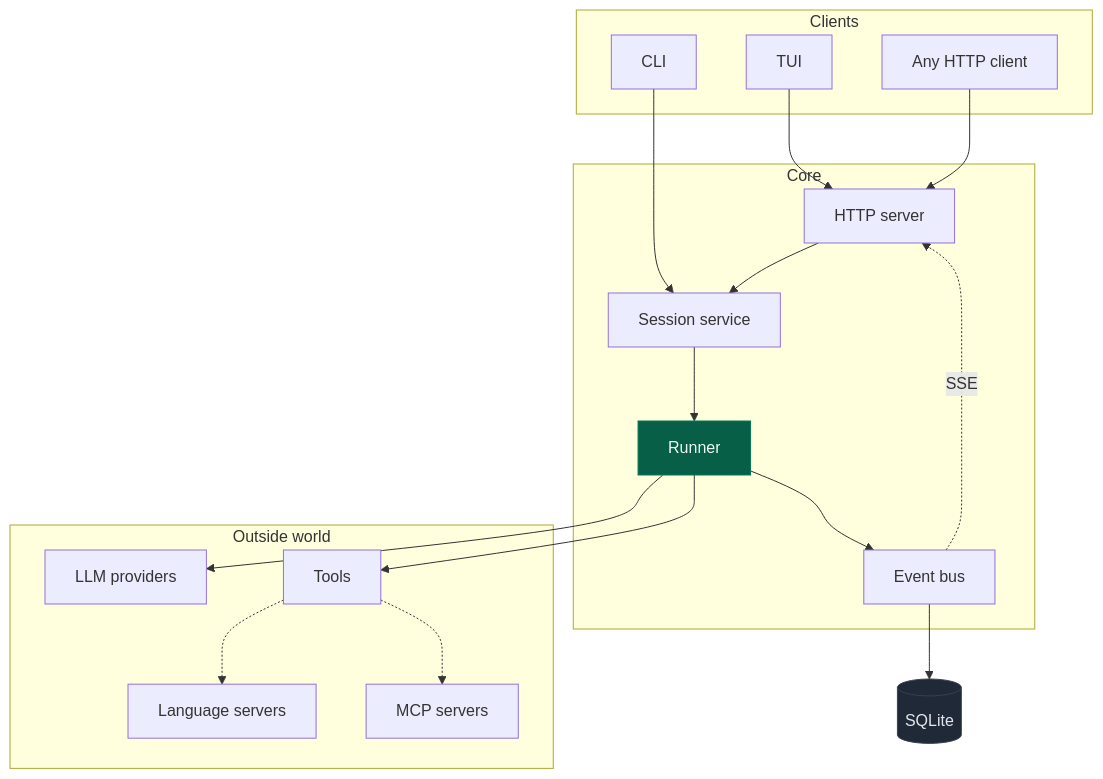
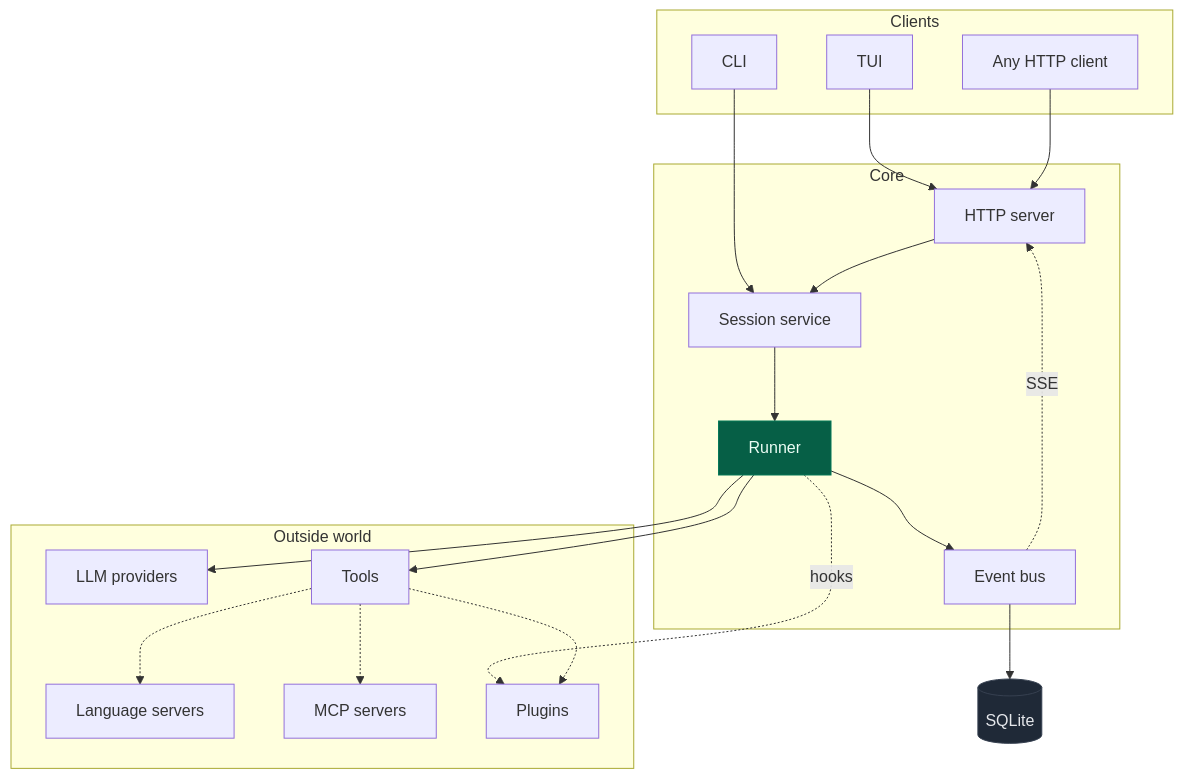
One commit to langazov/gocode changed the diagram in documentation/README.md. Above: the diagram before and after it, drawn with Mermaid. The commit also changed other lines of this file and 6 other files, not shown here.

Commit message:
feat(plugins): enhance documentation and architecture for plugin support

````diff
--- a/documentation/README.md
+++ b/documentation/README.md
@@ -46,36 +46,39 @@
 ```mermaid
 flowchart TB
   subgraph clients["Clients"]
     TUI["TUI"]
     CLI["CLI"]
     HTTP["Any HTTP client"]
   end
 
   subgraph core["Core"]
     SRV["HTTP server"]
     SVC["Session service"]
     RUN["Runner"]
     BUS["Event bus"]
   end
 
   subgraph out["Outside world"]
     LLM["LLM providers"]
     TOOLS["Tools"]
     LSP["Language servers"]
     MCP["MCP servers"]
+    PLUG["Plugins"]
   end
 
   TUI --> SRV
   CLI --> SVC
   HTTP --> SRV
   SRV --> SVC --> RUN
   RUN --> LLM
   RUN --> TOOLS
+  RUN -.->|hooks| PLUG
   TOOLS -.-> LSP
   TOOLS -.-> MCP
+  TOOLS -.-> PLUG
   RUN --> BUS --> DB[("SQLite")]
   BUS -.->|SSE| SRV
 
   style DB fill:#1f2937,stroke:#374151,color:#e5e7eb
   style RUN fill:#065f46,stroke:#047857,color:#ecfdf5
 ```
````
